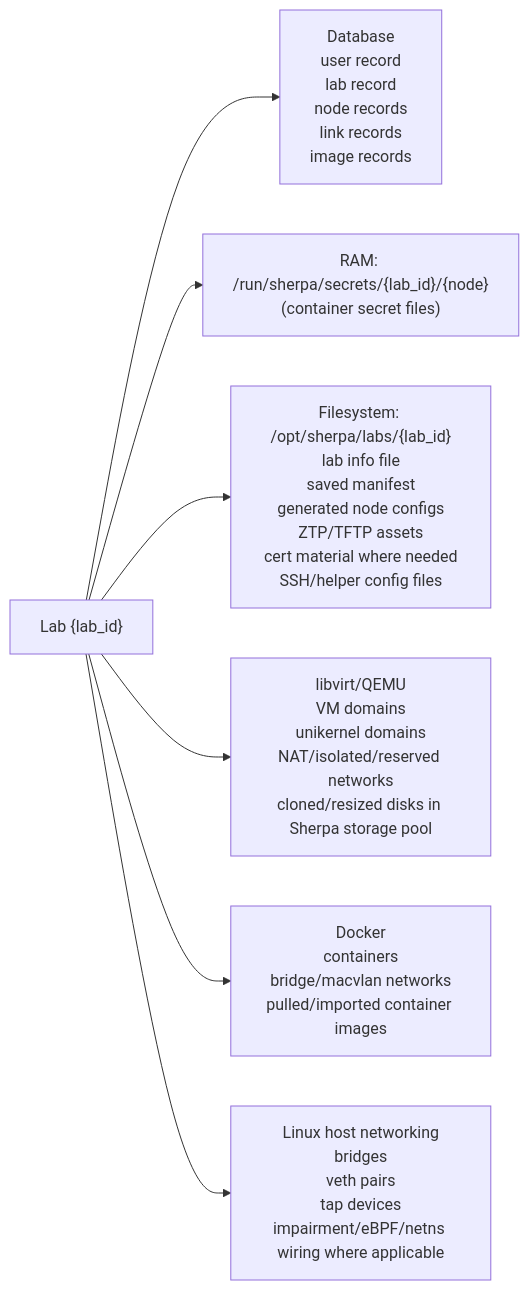
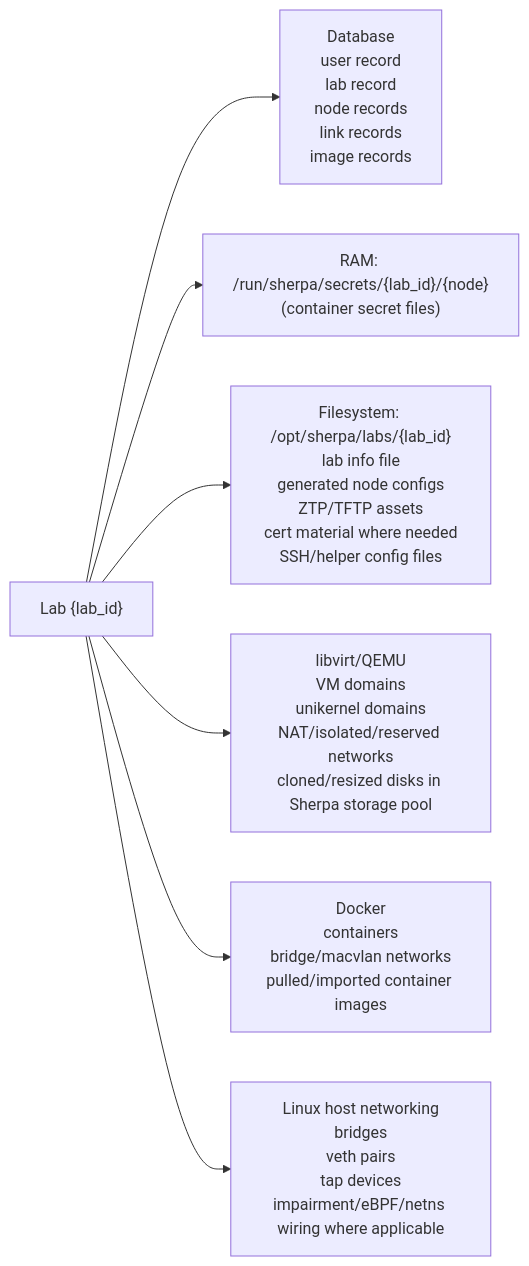
One commit to bwks/sherpa changed diagram 23 of 26 in docs/architecture/SERVER.md. Above: the diagram before and after it, drawn with Mermaid. The commit also changed other lines of this file and 5 other files, not shown here.

````diff
--- a/docs/architecture/SERVER.md
+++ b/docs/architecture/SERVER.md
@@ -1302,16 +1334,16 @@
 ```mermaid
 flowchart LR
     lab["Lab {lab_id}"]
     database["Database<br/>user record<br/>lab record<br/>node records<br/>link records<br/>image records"]
     ram["RAM: /run/sherpa/secrets/{lab_id}/{node}<br/>(container secret files)"]
-    fs["Filesystem: /opt/sherpa/labs/{lab_id}<br/>lab info file<br/>saved manifest<br/>generated node configs<br/>ZTP/TFTP assets<br/>cert material where needed<br/>SSH/helper config files"]
+    fs["Filesystem: /opt/sherpa/labs/{lab_id}<br/>lab info file<br/>generated node configs<br/>ZTP/TFTP assets<br/>cert material where needed<br/>SSH/helper config files"]
     libvirt["libvirt/QEMU<br/>VM domains<br/>unikernel domains<br/>NAT/isolated/reserved networks<br/>cloned/resized disks in Sherpa storage pool"]
     docker["Docker<br/>containers<br/>bridge/macvlan networks<br/>pulled/imported container images"]
     host["Linux host networking<br/>bridges<br/>veth pairs<br/>tap devices<br/>impairment/eBPF/netns wiring where applicable"]
     lab --> database
     lab --> ram
     lab --> fs
     lab --> libvirt
     lab --> docker
     lab --> host
 ```
````
